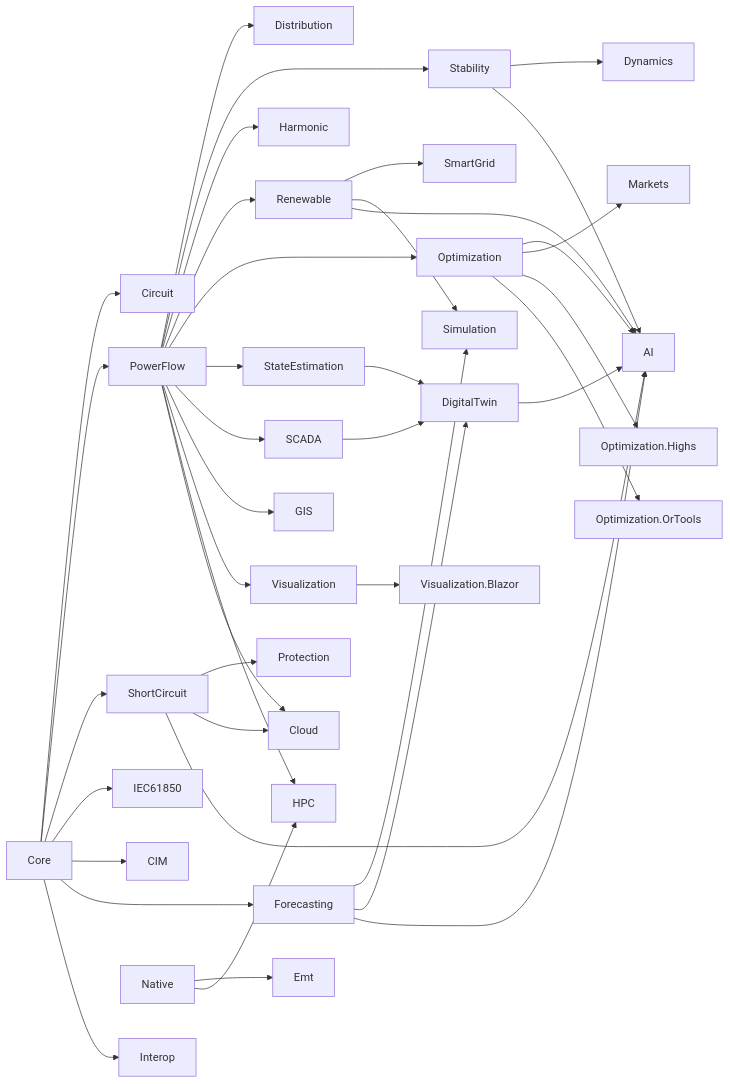
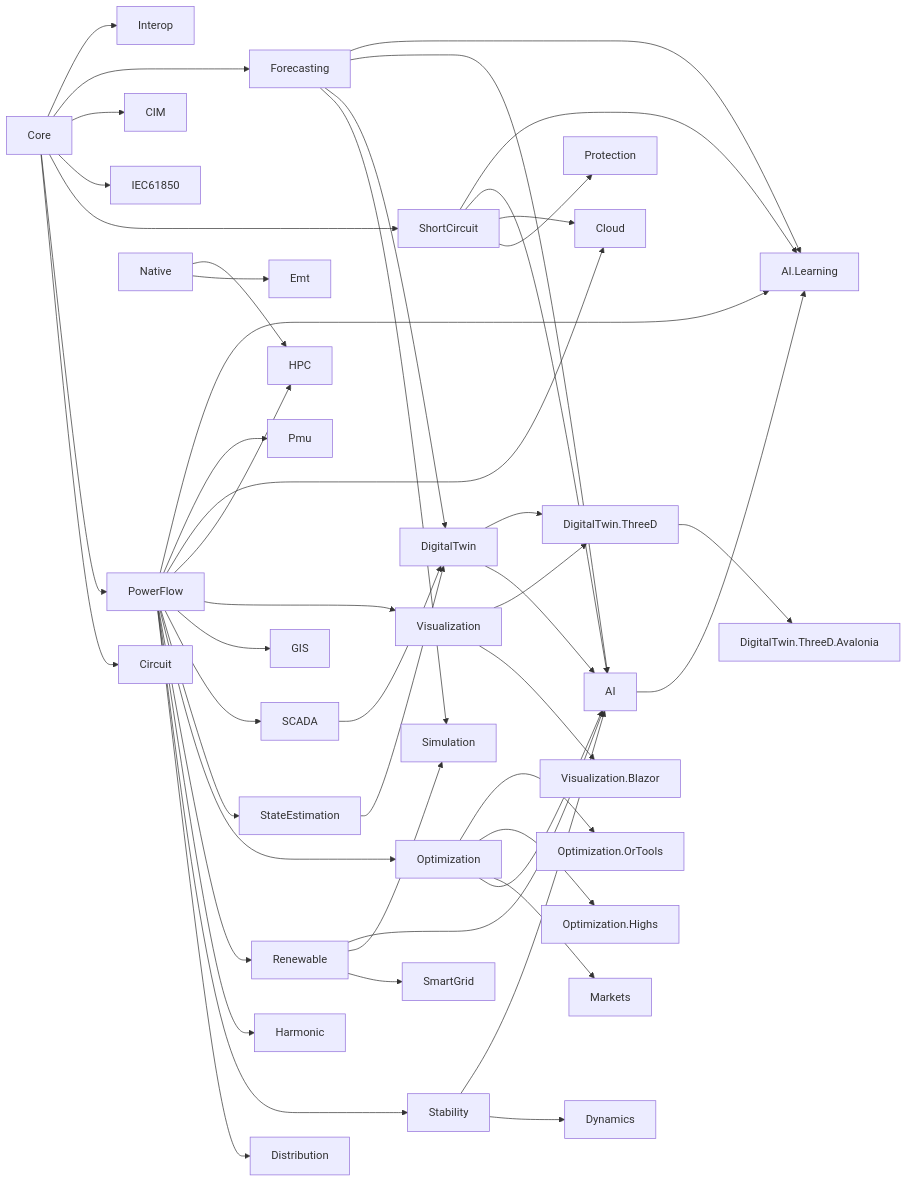
Before and after one commit to DotNetVibeCoderz/Vibe_Components: the diagram in Electrical.Net/docs/en/architecture.md, drawn with Mermaid. The commit also changed other lines of this file and 133 other files, not shown here.

````diff
--- a/Electrical.Net/docs/en/architecture.md
+++ b/Electrical.Net/docs/en/architecture.md
@@ -7,41 +7,49 @@
 ```mermaid
 graph LR
     Core --> Circuit
     Core --> PowerFlow
     Core --> ShortCircuit
     Core --> IEC61850
     Core --> CIM
     Core --> Forecasting
     PowerFlow --> Distribution
     Core --> Interop
     ShortCircuit --> Protection
     PowerFlow --> Stability
     Stability --> Dynamics
     Native --> Emt
     PowerFlow --> Harmonic
     PowerFlow --> Renewable
     PowerFlow --> Optimization
     PowerFlow --> StateEstimation
     PowerFlow --> SCADA
     PowerFlow --> GIS
     PowerFlow --> Visualization
     Renewable --> SmartGrid
     Renewable --> Simulation
     Forecasting --> Simulation
     PowerFlow --> HPC
     Native --> HPC
     PowerFlow --> Cloud
     ShortCircuit --> Cloud
     StateEstimation --> DigitalTwin
     SCADA --> DigitalTwin
     Forecasting --> DigitalTwin
     ShortCircuit --> AI
     Forecasting --> AI
     DigitalTwin --> AI
     Stability --> AI
     Renewable --> AI
     Optimization --> AI
     Optimization --> Markets
     Optimization --> Highs[Optimization.Highs] & OrTools[Optimization.OrTools]
     Visualization --> VizBlazor[Visualization.Blazor]
+    PowerFlow --> Pmu
+    PowerFlow --> Learning[AI.Learning]
+    Forecasting --> Learning
+    ShortCircuit --> Learning
+    AI --> Learning
+    DigitalTwin --> ThreeD[DigitalTwin.ThreeD]
+    Visualization --> ThreeD
+    ThreeD --> ThreeDAva[DigitalTwin.ThreeD.Avalonia]
 ```
````
